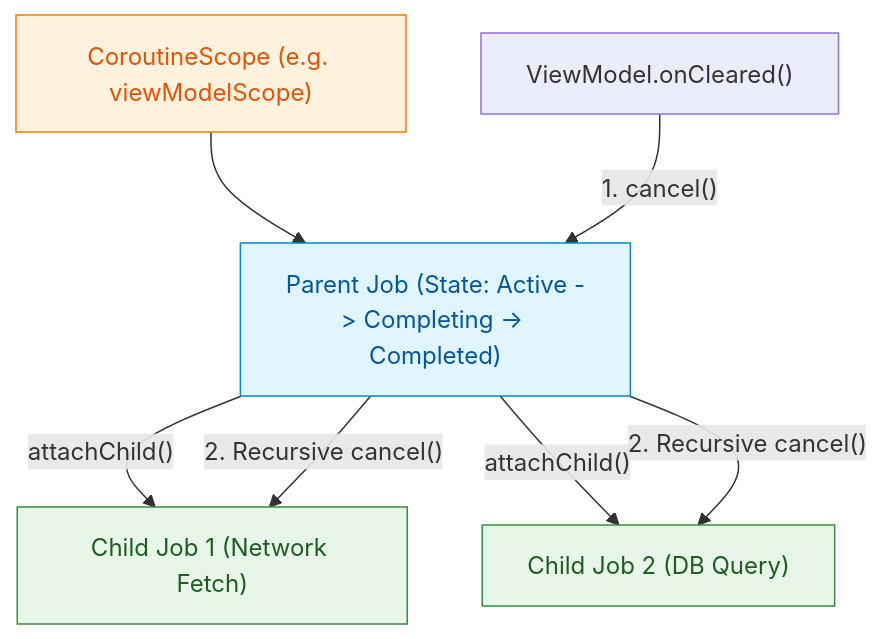
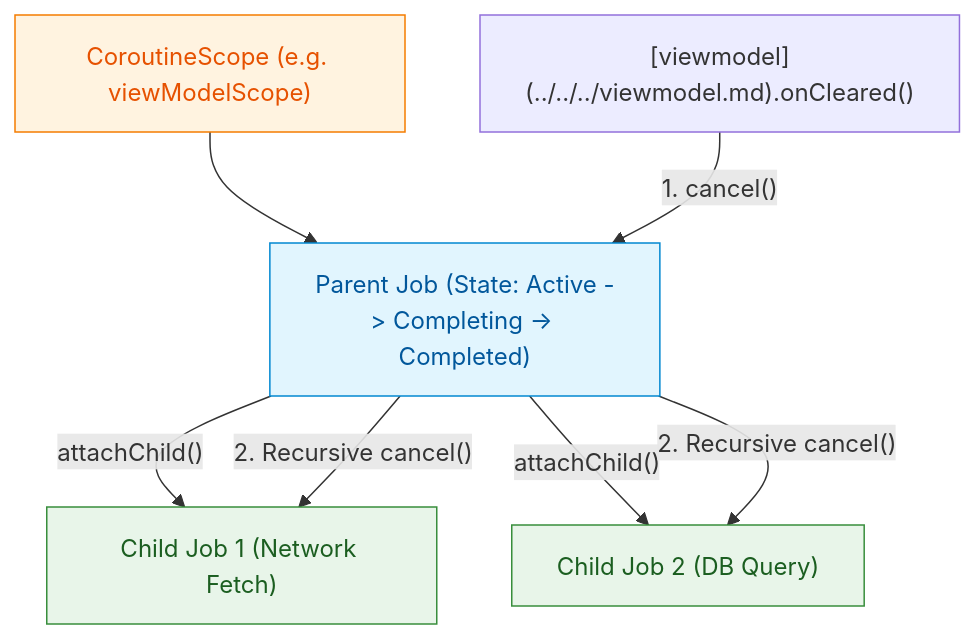
The diagram in 01_inbox/mobile/android/02_app_framework/data/async-flow/coroutines/structured-concurrency-parent-owns-child-lifetime.md (youngmin-gwon/what-i-studied), drawn with Mermaid before and after one commit. The commit also changed other lines of this file and 185 other files, not shown here.

````diff
--- a/01_inbox/mobile/android/02_app_framework/data/async-flow/coroutines/structured-concurrency-parent-owns-child-lifetime.md
+++ b/01_inbox/mobile/android/02_app_framework/data/async-flow/coroutines/structured-concurrency-parent-owns-child-lifetime.md
@@ -28,15 +28,15 @@
 ```mermaid
 graph TD
     A["CoroutineScope (e.g. viewModelScope)"] --> B["Parent Job (State: Active -> Completing -> Completed)"]
     B -->|"attachChild()"| C["Child Job 1 (Network Fetch)"]
     B -->|"attachChild()"| D["Child Job 2 (DB Query)"]
     
-    E["ViewModel.onCleared()"] -->|"1. cancel()"| B
+    E["[viewmodel](../../../viewmodel.md).onCleared()"] -->|"1. cancel()"| B
     B -->|"2. Recursive cancel()"| C
     B -->|"2. Recursive cancel()"| D
 
     style A fill:#fff3e0,stroke:#f57c00,color:#e65100
     style B fill:#e1f5fe,stroke:#0288d1,color:#01579b
     style C fill:#e8f5e9,stroke:#388e3c,color:#1b5e20
     style D fill:#e8f5e9,stroke:#388e3c,color:#1b5e20
 ```
````
